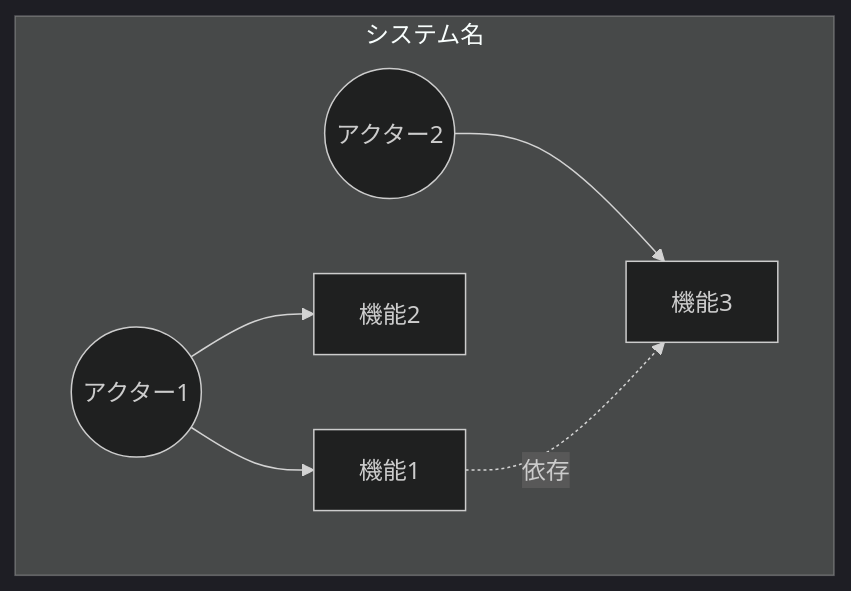
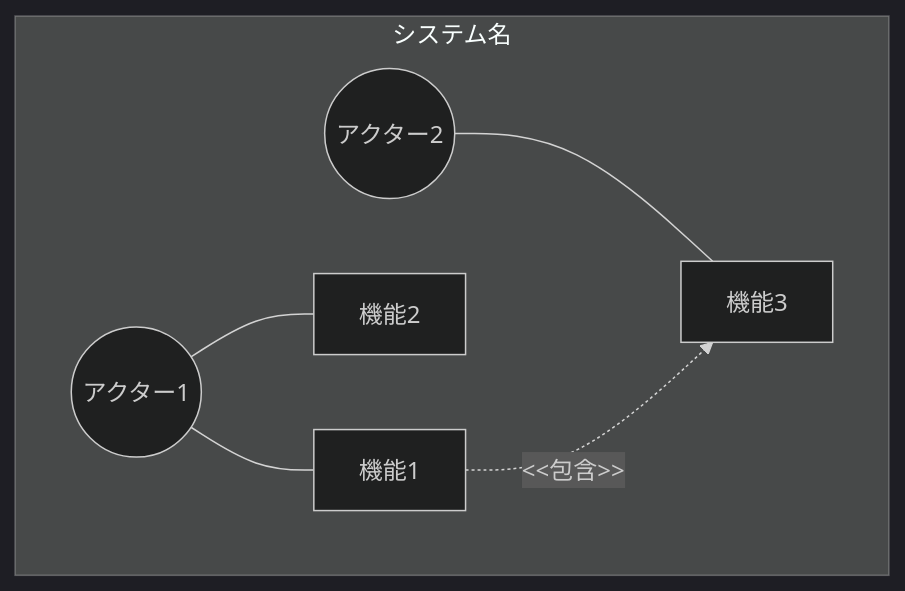
One commit to ToshikiImagawa/ai-sdd-workflow changed the first of 4 diagrams in plugins/sdd-workflow/skills/generate-prd/templates/ja/prd_template.md. Above: the diagram before and after it, drawn with Mermaid (dark theme). The commit also changed other lines of this file and 48 other files, not shown here.

First line of the commit message:
v3.0.1: Mermaid記法のUML標準準拠とsdd-init設定管理機能の追加 (#35)

````diff
--- a/plugins/sdd-workflow/skills/generate-prd/templates/ja/prd_template.md
+++ b/plugins/sdd-workflow/skills/generate-prd/templates/ja/prd_template.md
@@ -68,15 +68,15 @@
 ```mermaid
 graph TB
     subgraph "システム名"
         Actor1((アクター1))
         Actor2((アクター2))
         Func1[機能1]
         Func2[機能2]
         Func3[機能3]
     end
 
-    Actor1 --> Func1
-    Actor1 --> Func2
-    Actor2 --> Func3
-    Func1 -. 依存 .-> Func3
+    Actor1 --- Func1
+    Actor1 --- Func2
+    Actor2 --- Func3
+    Func1 -.->|"&lt;&lt;包含&gt;&gt;"| Func3
 ```
````
